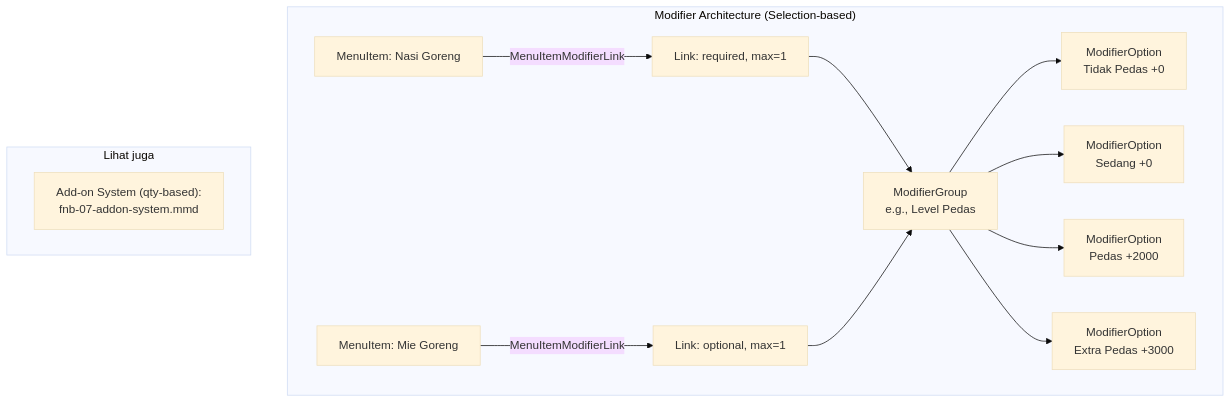
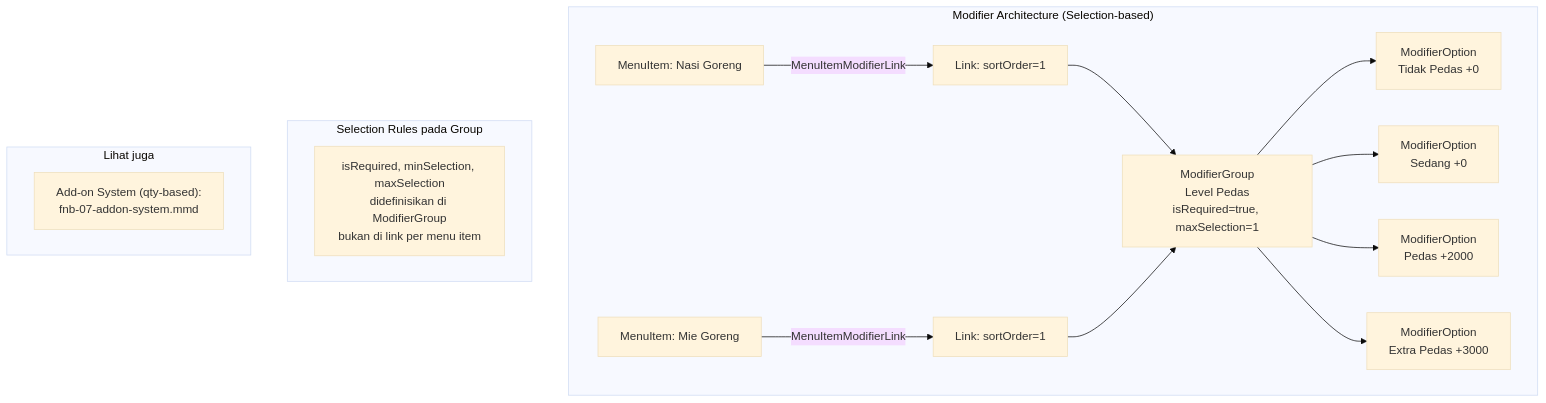
One commit to vatoer/id.stargan.intikasirfnb changed the diagram in docs/diagrams/fnb-02-modifier-system.mmd. Above: the diagram before and after it, drawn with Mermaid (base theme). The commit also changed 96 other files, not shown here.

```diff
--- a/docs/diagrams/fnb-02-modifier-system.mmd
+++ b/docs/diagrams/fnb-02-modifier-system.mmd
@@ -1,28 +1,32 @@
 graph TB
     subgraph "Modifier Architecture (Selection-based)"
-        MG[ModifierGroup<br/>e.g., Level Pedas]
+        MG[ModifierGroup<br/>Level Pedas<br/>isRequired=true, maxSelection=1]
         MO1[ModifierOption<br/>Tidak Pedas +0]
         MO2[ModifierOption<br/>Sedang +0]
         MO3[ModifierOption<br/>Pedas +2000]
         MO4[ModifierOption<br/>Extra Pedas +3000]
 
         MI1[MenuItem: Nasi Goreng]
         MI2[MenuItem: Mie Goreng]
 
-        LINK1[Link: required, max=1]
-        LINK2[Link: optional, max=1]
+        LINK1[Link: sortOrder=1]
+        LINK2[Link: sortOrder=1]
     end
 
     MG --> MO1
     MG --> MO2
     MG --> MO3
     MG --> MO4
 
     MI1 -->|MenuItemModifierLink| LINK1
     MI2 -->|MenuItemModifierLink| LINK2
     LINK1 --> MG
     LINK2 --> MG
 
+    subgraph "Selection Rules pada Group"
+        NOTE1["isRequired, minSelection, maxSelection<br/>didefinisikan di ModifierGroup<br/>bukan di link per menu item"]
+    end
+
     subgraph "Lihat juga"
         NOTE["Add-on System (qty-based):<br/>fnb-07-addon-system.mmd"]
     end
```
